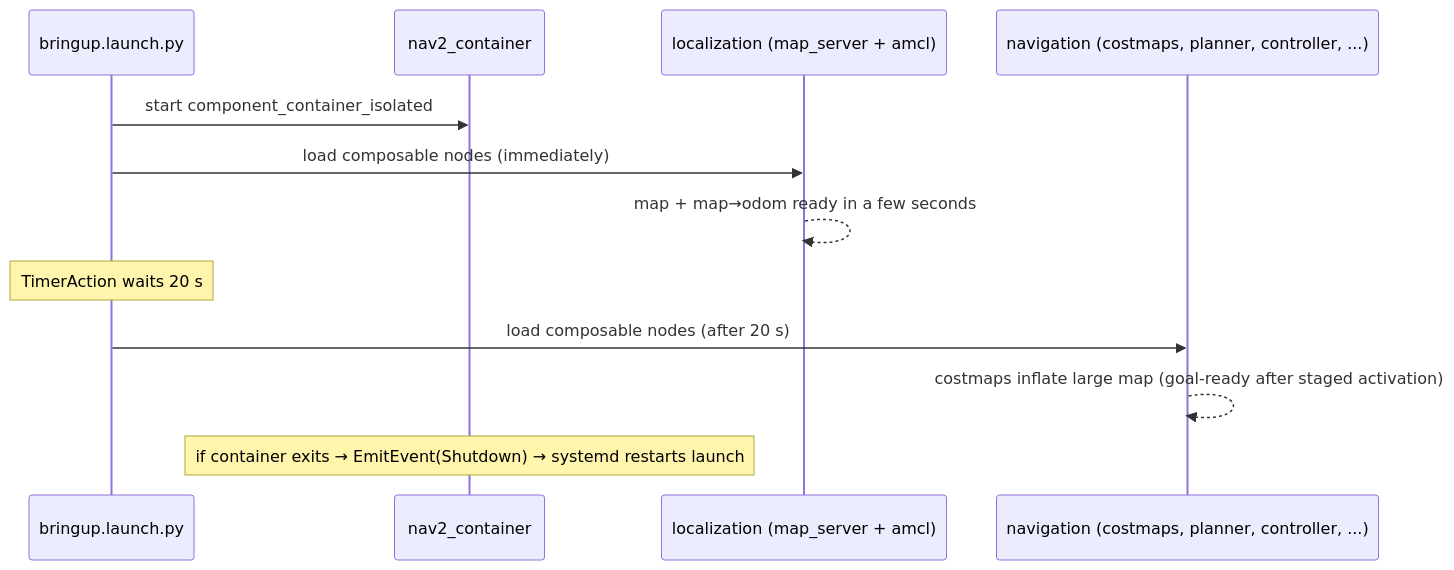
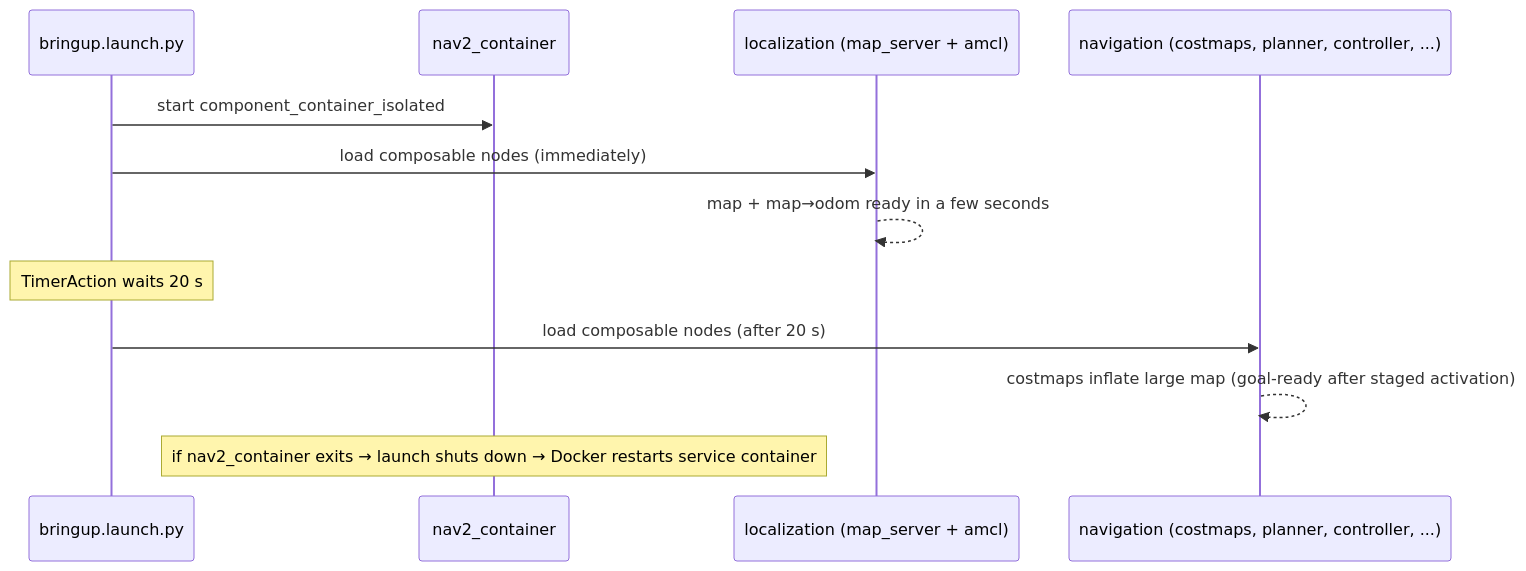
Before and after one commit to cmu-impactlab/patrolbot: the second of 3 diagrams in docs/architecture/execution-flow.md, drawn with Mermaid. The commit also changed other lines of this file and 52 other files, not shown here.

````diff
--- a/docs/architecture/execution-flow.md
+++ b/docs/architecture/execution-flow.md
@@ -85,15 +88,15 @@
 ```mermaid
 sequenceDiagram
     participant Launch as bringup.launch.py
     participant Cont as nav2_container
     participant Loc as localization (map_server + amcl)
     participant Nav as navigation (costmaps, planner, controller, ...)
 
     Launch->>Cont: start component_container_isolated
     Launch->>Loc: load composable nodes (immediately)
     Loc-->>Loc: map + map→odom ready in a few seconds
     Note over Launch: TimerAction waits 20 s
     Launch->>Nav: load composable nodes (after 20 s)
     Nav-->>Nav: costmaps inflate large map (goal-ready after staged activation)
-    Note over Cont: if container exits → EmitEvent(Shutdown) → systemd restarts launch
+    Note over Cont: if nav2_container exits → launch shuts down → Docker restarts service container
 ```
````
